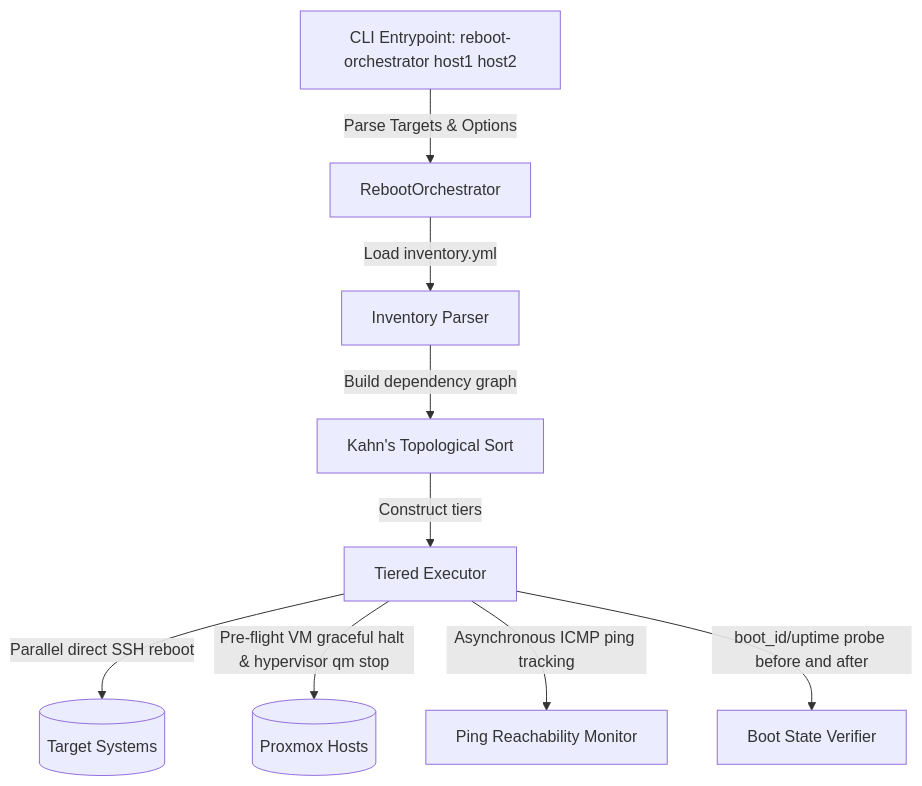
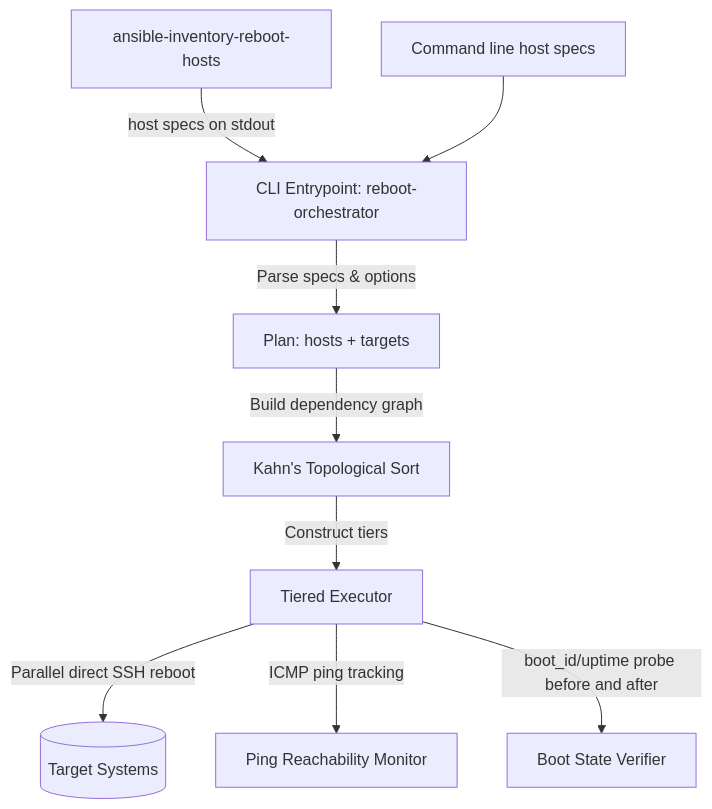
One commit to m-d-brown/service-management changed the diagram in design/004-reboot-orchestrator.md. Above: the diagram before and after it, drawn with Mermaid. The commit also changed other lines of this file and 50 other files, not shown here.

First line of the commit message:
feat(reboot-orchestrator): rewrite in Go without an Ansible dependency

````diff
--- a/design/004-reboot-orchestrator.md
+++ b/design/004-reboot-orchestrator.md
@@ -45,11 +45,11 @@
 ```mermaid
 graph TD
-    CLI[CLI Entrypoint: reboot-orchestrator host1 host2] -->|Parse Targets & Options| Orchestrator[RebootOrchestrator]
-    Orchestrator -->|Load inventory.yml| Parser[Inventory Parser]
-    Parser -->|Build dependency graph| Graph[Kahn's Topological Sort]
+    Inventory[ansible-inventory-reboot-hosts] -->|host specs on stdout| CLI
+    Args[Command line host specs] --> CLI
+    CLI[CLI Entrypoint: reboot-orchestrator] -->|Parse specs & options| Plan[Plan: hosts + targets]
+    Plan -->|Build dependency graph| Graph[Kahn's Topological Sort]
     Graph -->|Construct tiers| Executor[Tiered Executor]
     Executor -->|Parallel direct SSH reboot| Targets[(Target Systems)]
-    Executor -->|Pre-flight VM graceful halt & hypervisor qm stop| Hypervisor[(Proxmox Hosts)]
-    Executor -->|Asynchronous ICMP ping tracking| Ping[Ping Reachability Monitor]
+    Executor -->|ICMP ping tracking| Ping[Ping Reachability Monitor]
     Executor -->|boot_id/uptime probe before and after| Verifier[Boot State Verifier]
 ```
````
